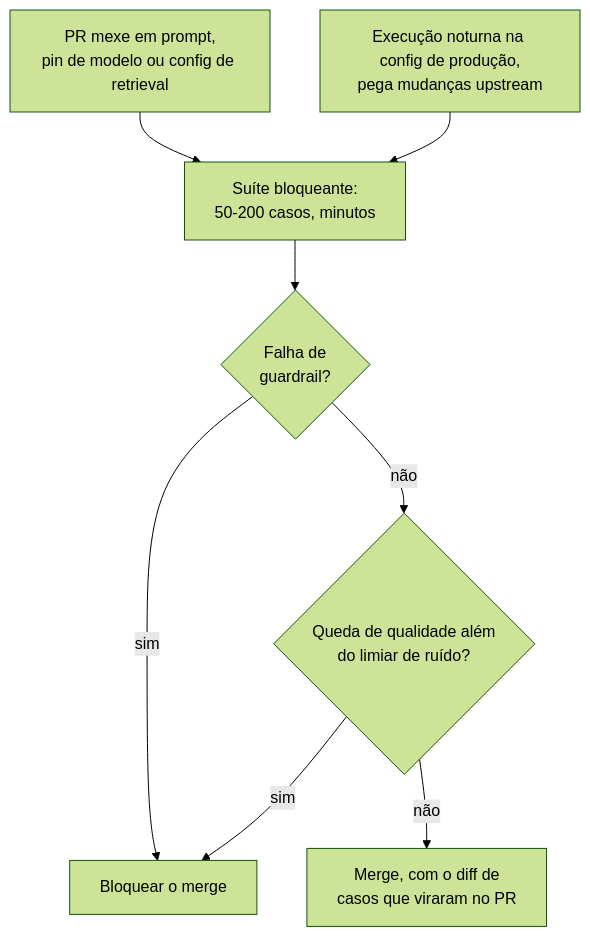
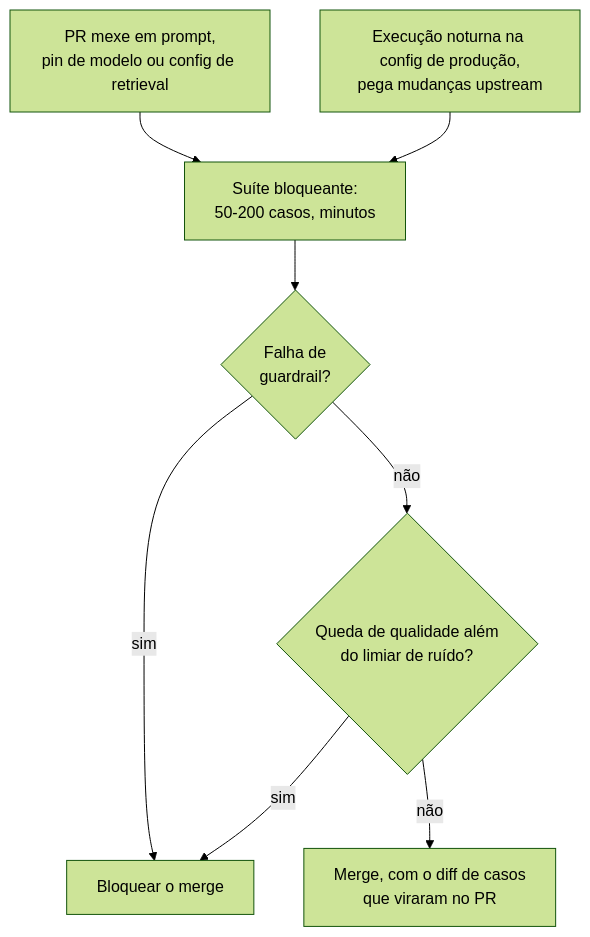
Before and after one commit to andrevberaldo/AI-Engineer-Interview-Questions: diagram 12 of 28 in 07-evaluation-and-observability/questions.pt-BR.md, drawn with Mermaid (forest theme). The commit also changed other lines of this file and 1 other file, not shown here.

````diff
--- a/07-evaluation-and-observability/questions.pt-BR.md
+++ b/07-evaluation-and-observability/questions.pt-BR.md
@@ -660,10 +660,10 @@
 ```mermaid
 flowchart TD
     PR["PR mexe em prompt,<br/>pin de modelo ou config de retrieval"] --> S["Suíte bloqueante:<br/>50-200 casos, minutos"]
     N["Execução noturna na config de produção,<br/>pega mudanças upstream"] --> S
     S --> G{"Falha de<br/>guardrail?"}
     G -->|"sim"| B["Bloquear o merge"]
     G -->|"não"| Q{"Queda de qualidade além<br/>do limiar de ruído?"}
     Q -->|"sim"| B
-    Q -->|"não"| M["Merge, com o diff de<br/>casos que viraram no PR"]
+    Q -->|"não"| M["Merge, com o diff de casos<br/>que viraram no PR"]
 ```
````
